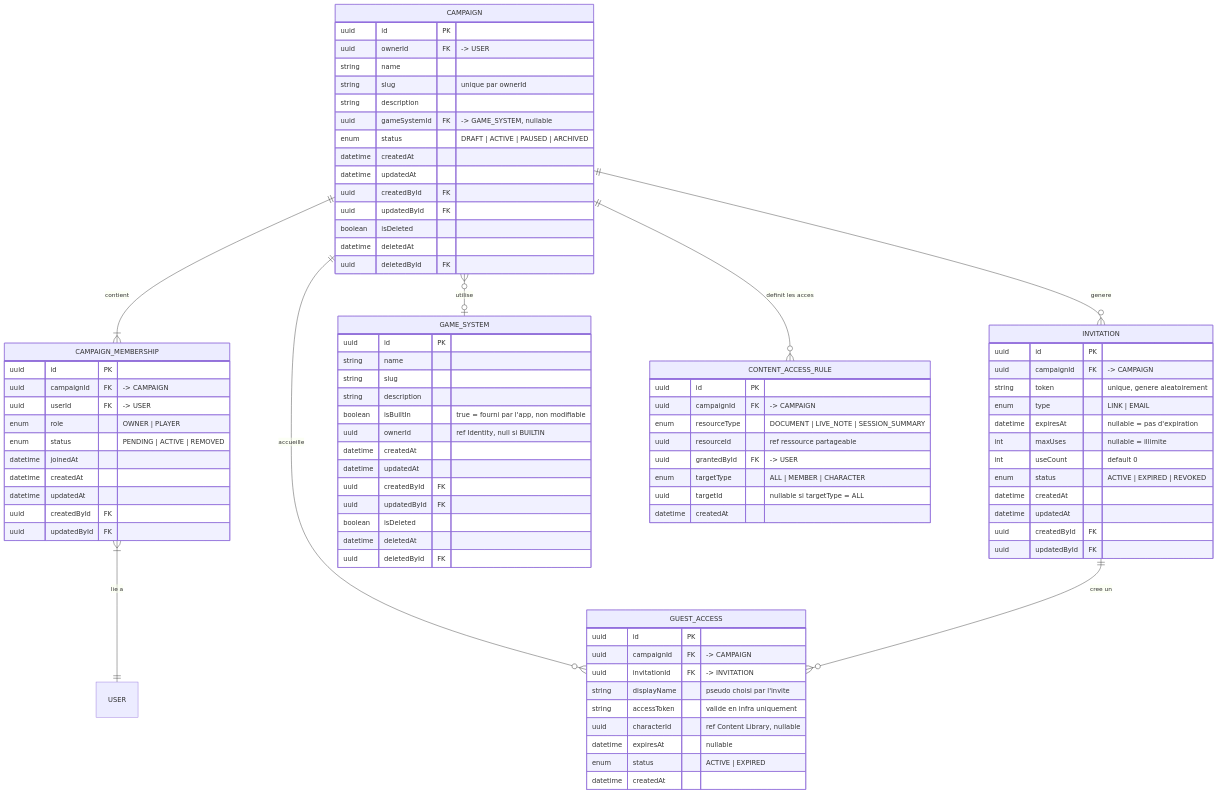
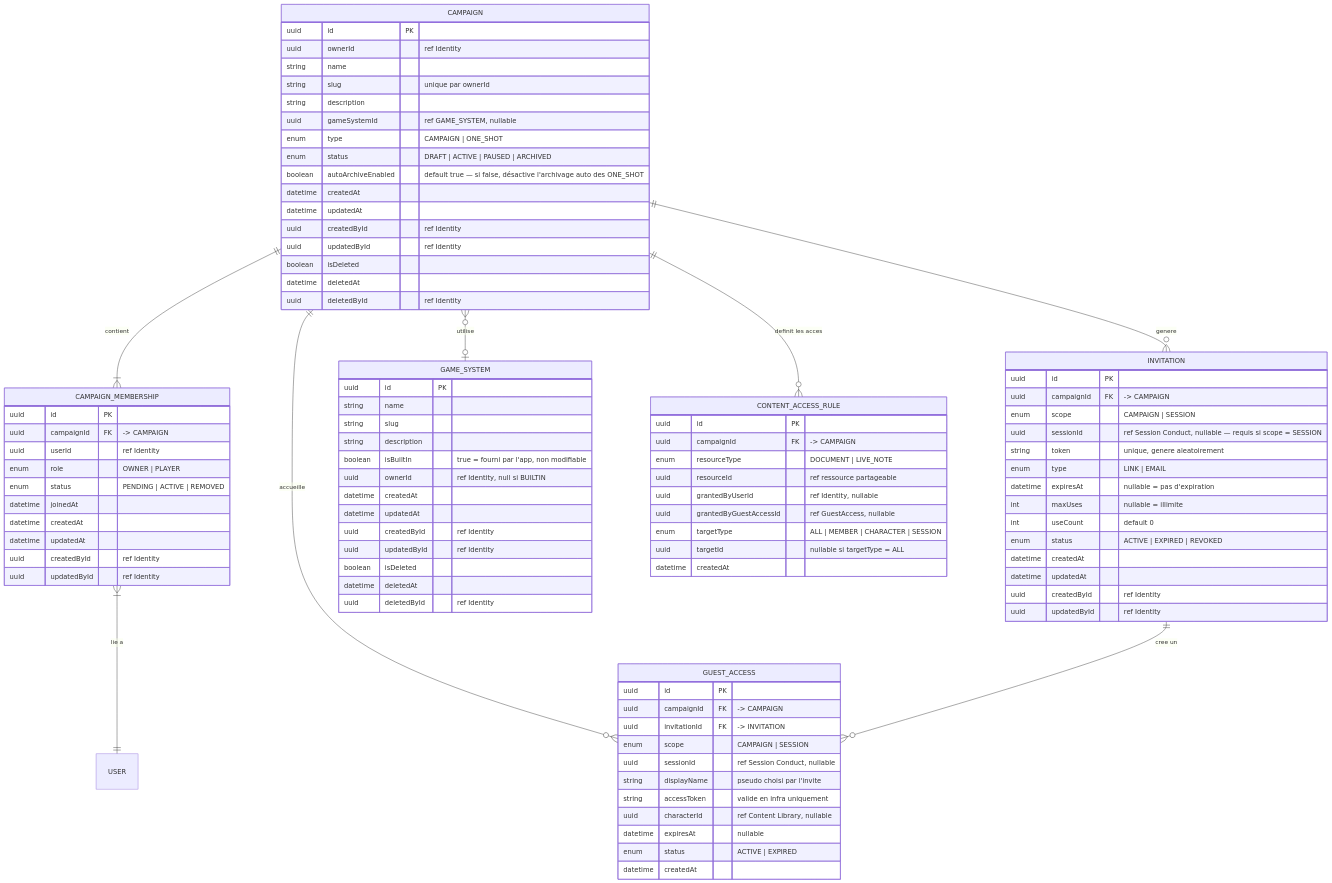
The diagram in docs/conception/data/campaign-management.md (2025-10-CDA-ECO-P6/PM-micro-saas), drawn with Mermaid before and after one commit. The commit also changed other lines of this file and 102 other files, not shown here.

Commit message:
docs: update data and class diagrams to align with domain refactoring

```diff
--- a/docs/conception/data/campaign-management.md
+++ b/docs/conception/data/campaign-management.md
@@ -7,35 +7,39 @@
 erDiagram
     CAMPAIGN {
         uuid id PK
-        uuid ownerId FK "-> USER"
+        uuid ownerId "ref Identity"
         string name
         string slug "unique par ownerId"
         string description
-        uuid gameSystemId FK "-> GAME_SYSTEM, nullable"
+        uuid gameSystemId "ref GAME_SYSTEM, nullable"
+        enum type "CAMPAIGN | ONE_SHOT"
         enum status "DRAFT | ACTIVE | PAUSED | ARCHIVED"
+        boolean autoArchiveEnabled "default true — si false, désactive l'archivage auto des ONE_SHOT"
         datetime createdAt
         datetime updatedAt
-        uuid createdById FK
-        uuid updatedById FK
+        uuid createdById "ref Identity"
+        uuid updatedById "ref Identity"
         boolean isDeleted
         datetime deletedAt
-        uuid deletedById FK
+        uuid deletedById "ref Identity"
     }
     CAMPAIGN_MEMBERSHIP {
         uuid id PK
         uuid campaignId FK "-> CAMPAIGN"
-        uuid userId FK "-> USER"
+        uuid userId "ref Identity"
         enum role "OWNER | PLAYER"
         enum status "PENDING | ACTIVE | REMOVED"
         datetime joinedAt
         datetime createdAt
         datetime updatedAt
-        uuid createdById FK
-        uuid updatedById FK
+        uuid createdById "ref Identity"
+        uuid updatedById "ref Identity"
     }
     INVITATION {
         uuid id PK
         uuid campaignId FK "-> CAMPAIGN"
+        enum scope "CAMPAIGN | SESSION"
+        uuid sessionId "ref Session Conduct, nullable — requis si scope = SESSION"
         string token "unique, genere aleatoirement"
         enum type "LINK | EMAIL"
         datetime expiresAt "nullable = pas d'expiration"
@@ -44,13 +48,15 @@
         enum status "ACTIVE | EXPIRED | REVOKED"
         datetime createdAt
         datetime updatedAt
-        uuid createdById FK
-        uuid updatedById FK
+        uuid createdById "ref Identity"
+        uuid updatedById "ref Identity"
     }
     GUEST_ACCESS {
         uuid id PK
         uuid campaignId FK "-> CAMPAIGN"
         uuid invitationId FK "-> INVITATION"
+        enum scope "CAMPAIGN | SESSION"
+        uuid sessionId "ref Session Conduct, nullable"
         string displayName "pseudo choisi par l'invite"
         string accessToken "valide en infra uniquement"
         uuid characterId "ref Content Library, nullable"
@@ -67,19 +73,20 @@
         uuid ownerId "ref Identity, null si BUILTIN"
         datetime createdAt
         datetime updatedAt
-        uuid createdById FK
-        uuid updatedById FK
+        uuid createdById "ref Identity"
+        uuid updatedById "ref Identity"
         boolean isDeleted
         datetime deletedAt
-        uuid deletedById FK
+        uuid deletedById "ref Identity"
     }
     CONTENT_ACCESS_RULE {
         uuid id PK
         uuid campaignId FK "-> CAMPAIGN"
-        enum resourceType "DOCUMENT | LIVE_NOTE | SESSION_SUMMARY"
+        enum resourceType "DOCUMENT | LIVE_NOTE"
         uuid resourceId "ref ressource partageable"
-        uuid grantedById FK "-> USER"
-        enum targetType "ALL | MEMBER | CHARACTER"
+        uuid grantedByUserId "ref Identity, nullable"
+        uuid grantedByGuestAccessId "ref GuestAccess, nullable"
+        enum targetType "ALL | MEMBER | CHARACTER | SESSION"
         uuid targetId "nullable si targetType = ALL"
         datetime createdAt
     }
```
